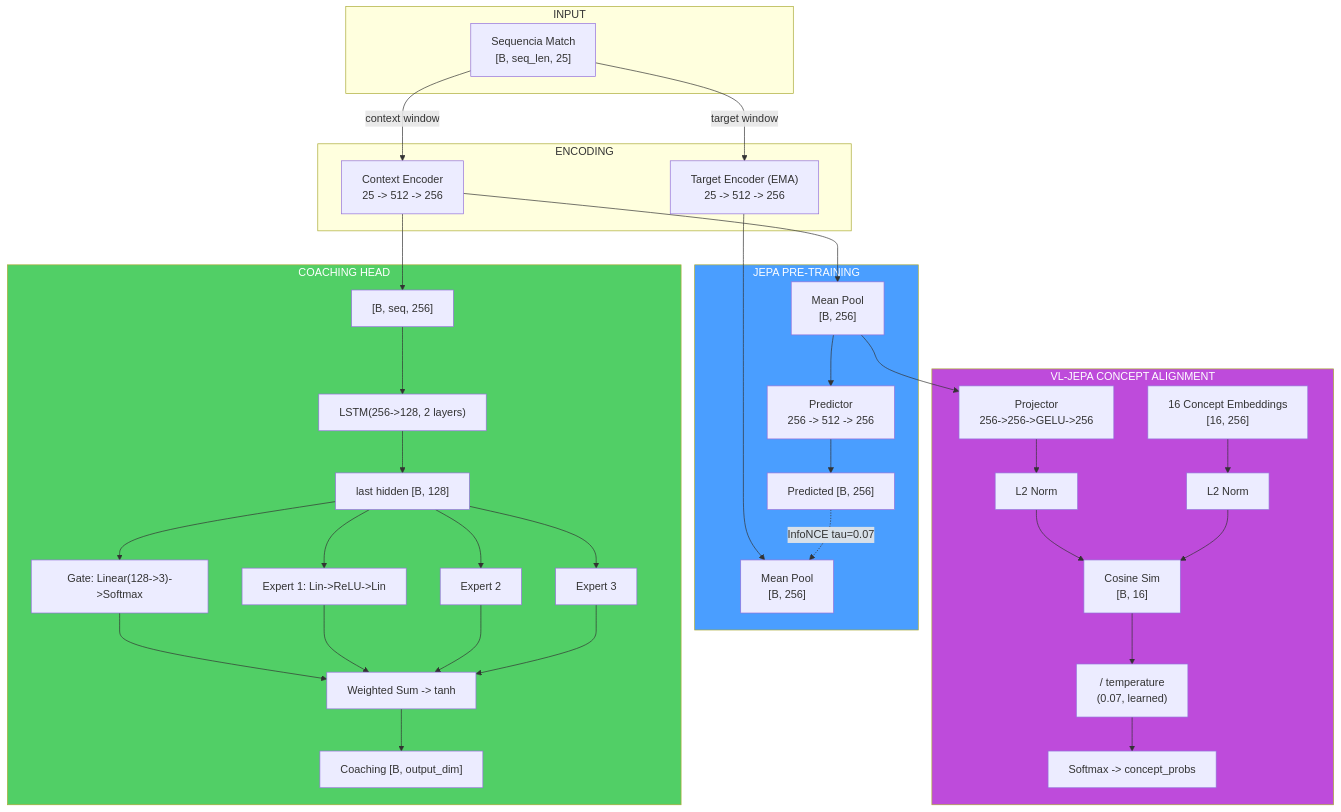
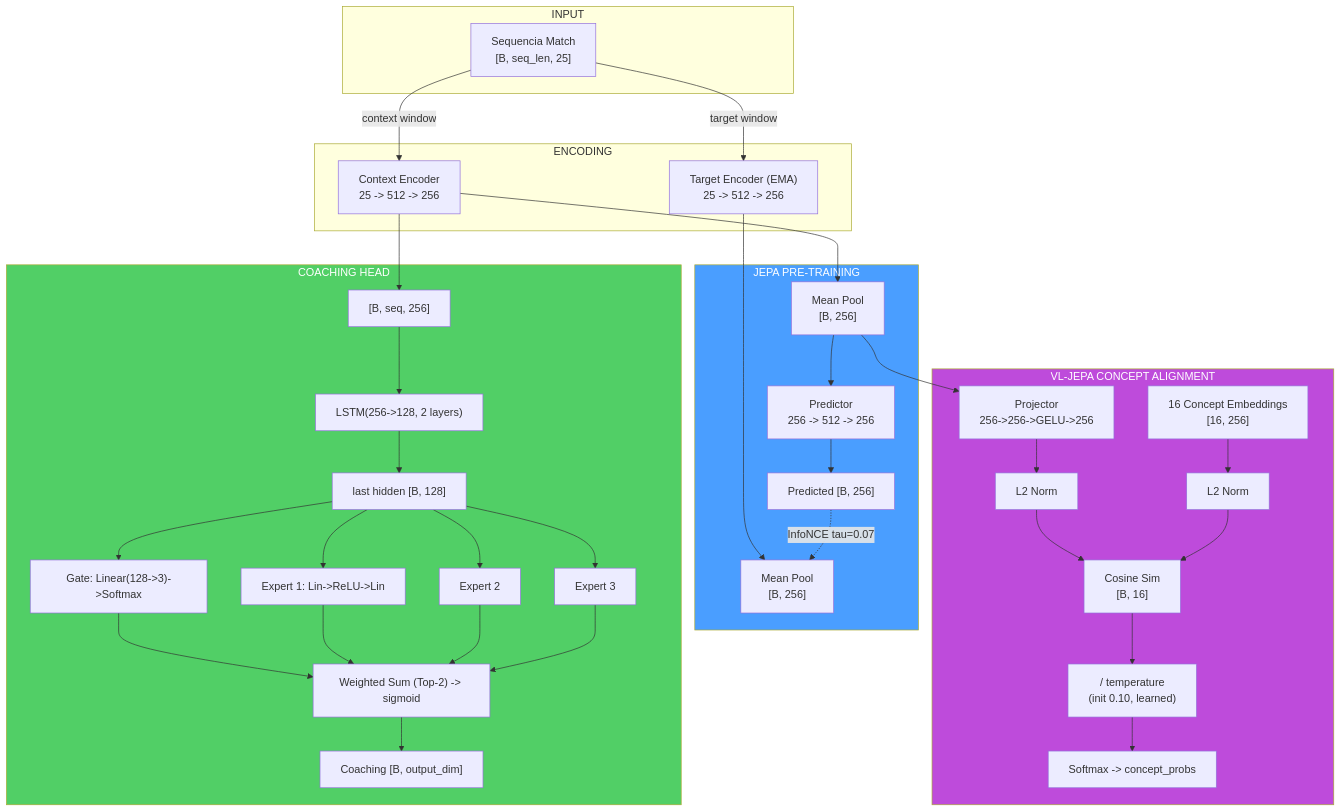
Before and after one commit to renanaugustomacena-ux/Counter-Strike-coach-AI: diagram 12 of 22 in docs/books/Book-Coach-1A-pt.md, drawn with Mermaid. The commit also changed other lines of this file and 36 other files, not shown here.

````diff
--- a/docs/books/Book-Coach-1A-pt.md
+++ b/docs/books/Book-Coach-1A-pt.md
@@ -609,45 +612,45 @@
 ```mermaid
 flowchart TB
     subgraph INPUT["INPUT"]
         X["Sequencia Match<br/>[B, seq_len, 25]"]
     end
     subgraph ENCODE["ENCODING"]
         CE["Context Encoder<br/>25 -> 512 -> 256"]
         TE["Target Encoder (EMA)<br/>25 -> 512 -> 256"]
         X -->|"context window"| CE
         X -->|"target window"| TE
     end
     subgraph PRETRAIN["JEPA PRE-TRAINING"]
         CE --> POOL_C["Mean Pool<br/>[B, 256]"]
         TE --> POOL_T["Mean Pool<br/>[B, 256]"]
         POOL_C --> PREDICTOR["Predictor<br/>256 -> 512 -> 256"]
         PREDICTOR --> PRED["Predicted [B, 256]"]
         PRED -.->|"InfoNCE tau=0.07"| POOL_T
     end
     subgraph COACHING["COACHING HEAD"]
         CE --> LSTM_IN["[B, seq, 256]"]
         LSTM_IN --> LSTM_H["LSTM(256->128, 2 layers)"]
         LSTM_H --> LAST["last hidden [B, 128]"]
         LAST --> GATE_C["Gate: Linear(128->3)->Softmax"]
         LAST --> E1C["Expert 1: Lin->ReLU->Lin"]
         LAST --> E2C["Expert 2"]
         LAST --> E3C["Expert 3"]
-        GATE_C --> WS["Weighted Sum -> tanh"]
+        GATE_C --> WS["Weighted Sum (Top-2) -> sigmoid"]
         E1C --> WS
         E2C --> WS
         E3C --> WS
         WS --> OUT_C["Coaching [B, output_dim]"]
     end
     subgraph VL["VL-JEPA CONCEPT ALIGNMENT"]
         POOL_C --> PROJ["Projector<br/>256->256->GELU->256"]
         PROJ --> NORM_P["L2 Norm"]
         CEMB_W["16 Concept Embeddings<br/>[16, 256]"] --> NORM_E["L2 Norm"]
         NORM_P --> COSIM["Cosine Sim<br/>[B, 16]"]
         NORM_E --> COSIM
-        COSIM --> TEMP["/ temperature<br/>(0.07, learned)"]
+        COSIM --> TEMP["/ temperature<br/>(init 0.10, learned)"]
         TEMP --> PROBS["Softmax -> concept_probs"]
     end
     style VL fill:#be4bdb,color:#fff
     style PRETRAIN fill:#4a9eff,color:#fff
     style COACHING fill:#51cf66,color:#fff
 ```
````
